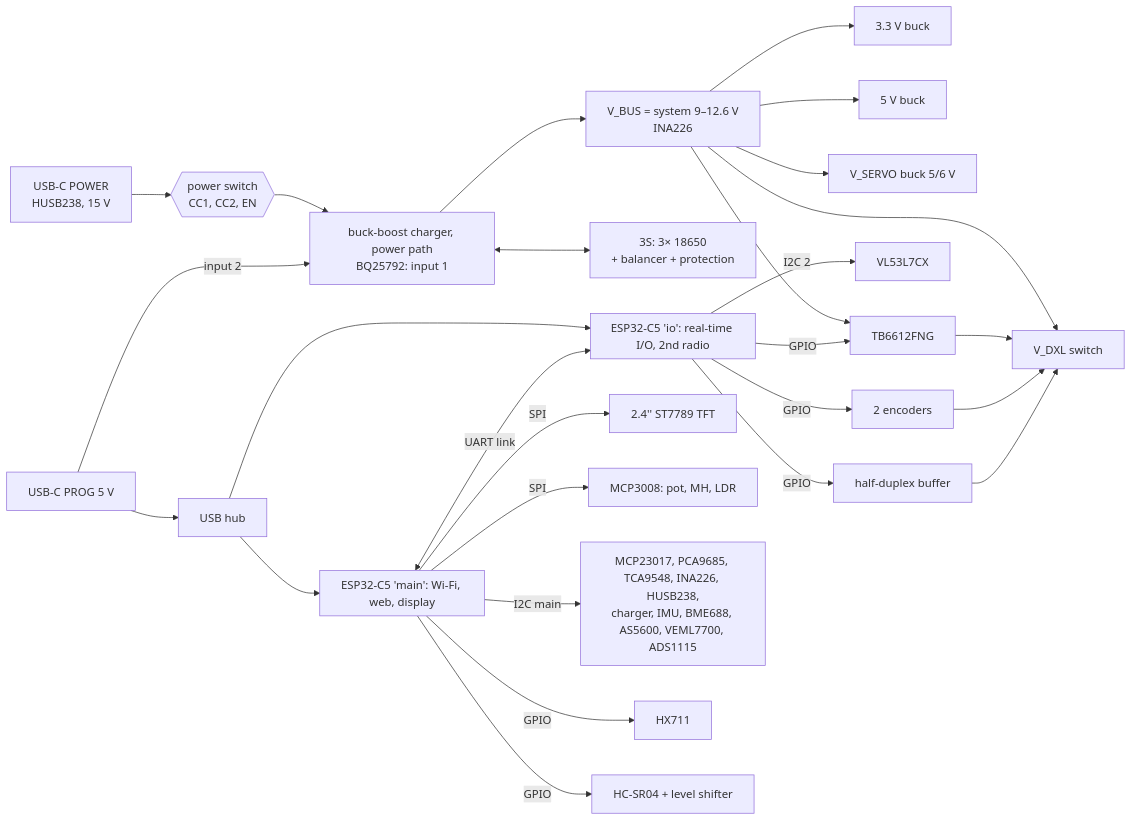
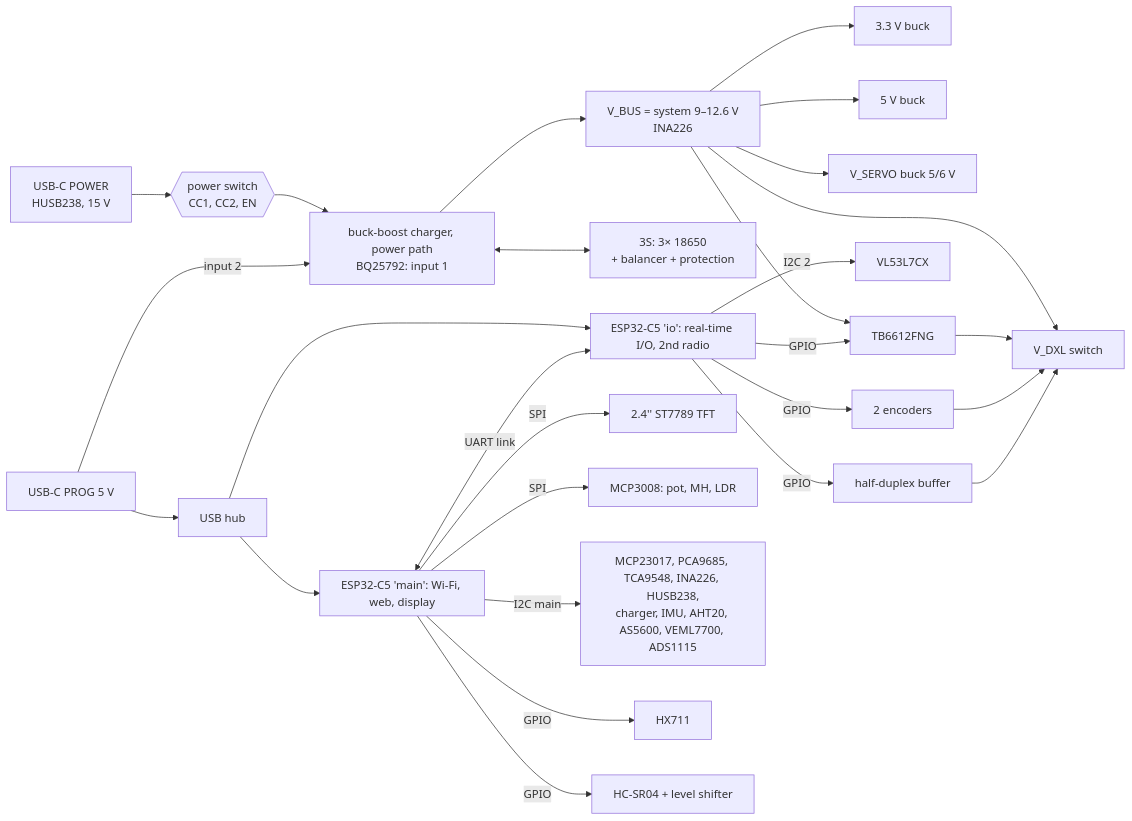
The diagram in Electronics_KiCad/PCB_SPEC.md (vgroenhuis/SensorTestSetup), drawn with Mermaid before and after one commit. The commit also changed other lines of this file, not shown here.

Commit message:
PCB spec: AHT20 (temperature, humidity, ~$0.80) instead of the BME688, no barometer

````diff
--- a/Electronics_KiCad/PCB_SPEC.md
+++ b/Electronics_KiCad/PCB_SPEC.md
@@ -44,23 +44,23 @@
 ```mermaid
 flowchart LR
   PD[USB-C POWER<br>HUSB238, 15 V] --> SW{{power switch<br>CC1, CC2, EN}}
   SW --> CHG[buck-boost charger, power path<br>BQ25792: input 1]
   PROG[USB-C PROG 5 V] --> HUB[USB hub]
   PROG -- input 2 --> CHG
   HUB --> A & B
   CHG <--> BAT[3S: 3× 18650<br>+ balancer + protection]
   CHG --> VBUS[V_BUS = system 9–12.6 V<br>INA226]
   VBUS --> R33[3.3 V buck] & R5[5 V buck] & SERVO[V_SERVO buck 5/6 V] & MOT[TB6612FNG] & DXL[V_DXL switch]
   subgraph A[ESP32-C5 'main': Wi-Fi, web, display]
     direction TB
   end
   subgraph B[ESP32-C5 'io': real-time I/O, 2nd radio]
     direction TB
   end
   A <-- UART link --> B
   A -- SPI --> TFT[2.4'' ST7789 TFT] & ADC8[MCP3008: pot, MH, LDR]
-  A -- I2C main --> I2CDEV[MCP23017, PCA9685, TCA9548, INA226, HUSB238,<br>charger, IMU, BME688, AS5600, VEML7700, ADS1115]
+  A -- I2C main --> I2CDEV[MCP23017, PCA9685, TCA9548, INA226, HUSB238,<br>charger, IMU, AHT20, AS5600, VEML7700, ADS1115]
   A -- GPIO --> HX[HX711] & US[HC-SR04 + level shifter]
   B -- I2C 2 --> TOF[VL53L7CX]
   B -- GPIO --> MOT & ENC[2 encoders] & DXLBUF[half-duplex buffer] --> DXL
 ```
````
